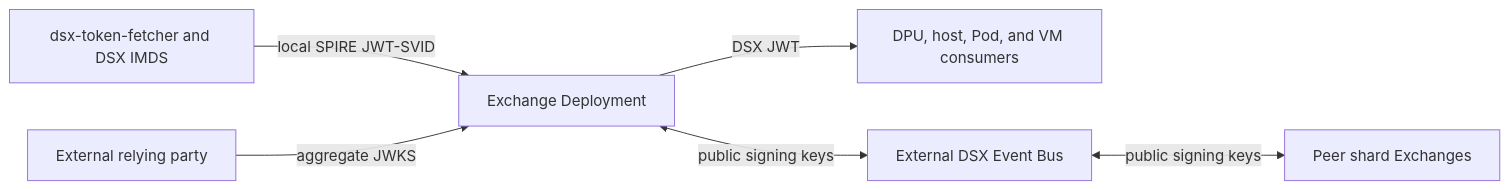
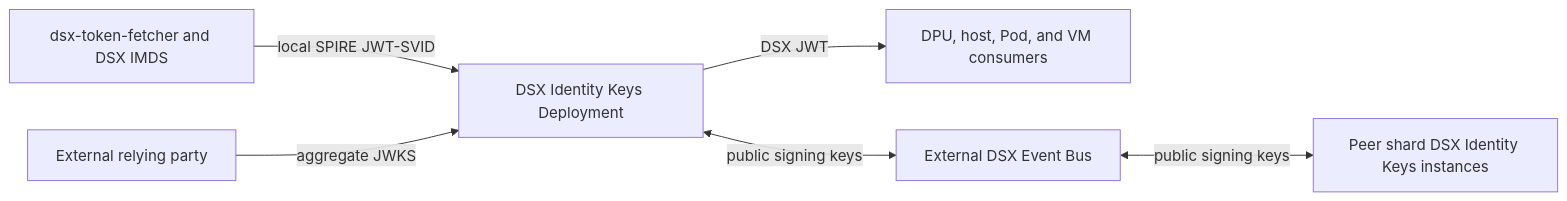
One commit to dsx-ai-factory/nvidia-workload-identity changed the third of 6 diagrams in README.md. Above: the diagram before and after it, drawn with Mermaid. The commit also changed other lines of this file and 68 other files, not shown here.

Commit message:
fix!: rename component to dsx-identity-keys

````diff
--- a/README.md
+++ b/README.md
@@ -256,12 +256,12 @@
 ```mermaid
 flowchart LR
   Local["dsx-token-fetcher and DSX IMDS"]
-  Exchange["Exchange Deployment"]
+  IdentityKeys["DSX Identity Keys Deployment"]
   Consumers["DPU, host, Pod, and VM consumers"]
 
-  Local -->|"local SPIRE JWT-SVID"| Exchange
-  Exchange -->|"DSX JWT"| Consumers
-  Exchange <-->|"public signing keys"| Bus["External DSX Event Bus"]
-  Bus <-->|"public signing keys"| Peers["Peer shard Exchanges"]
-  RelyingParty["External relying party"] -->|"aggregate JWKS"| Exchange
+  Local -->|"local SPIRE JWT-SVID"| IdentityKeys
+  IdentityKeys -->|"DSX JWT"| Consumers
+  IdentityKeys <-->|"public signing keys"| Bus["External DSX Event Bus"]
+  Bus <-->|"public signing keys"| Peers["Peer shard DSX Identity Keys instances"]
+  RelyingParty["External relying party"] -->|"aggregate JWKS"| IdentityKeys
 ```
````
